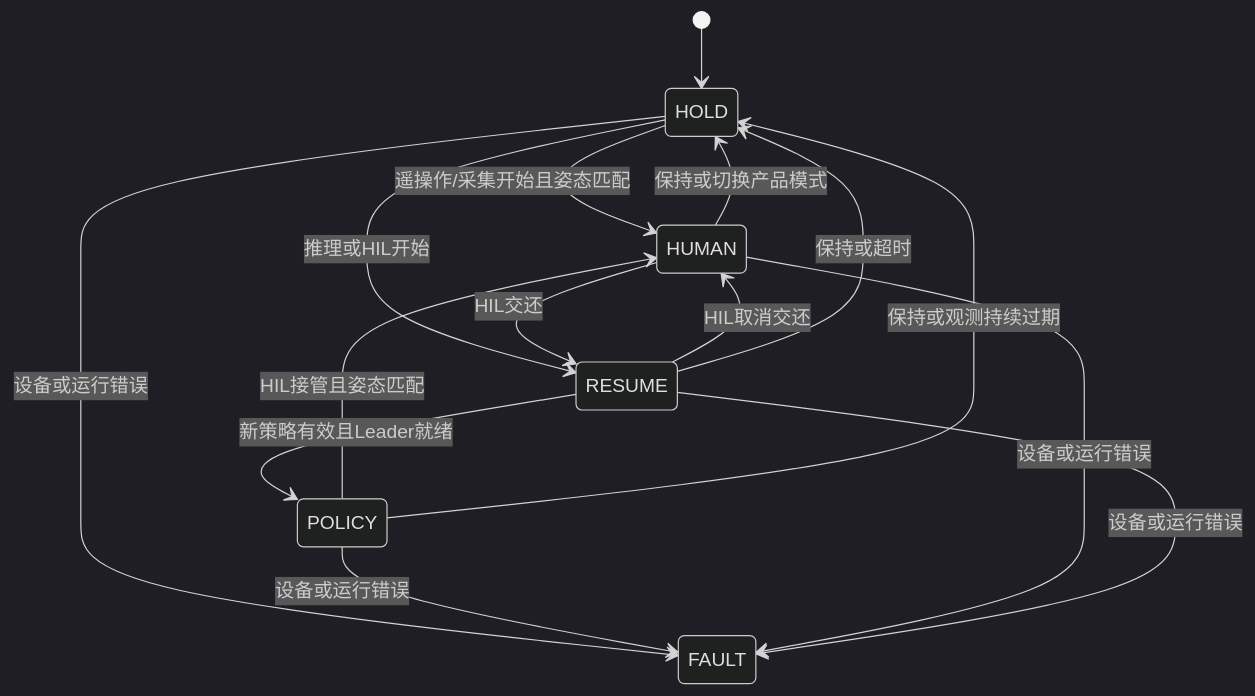
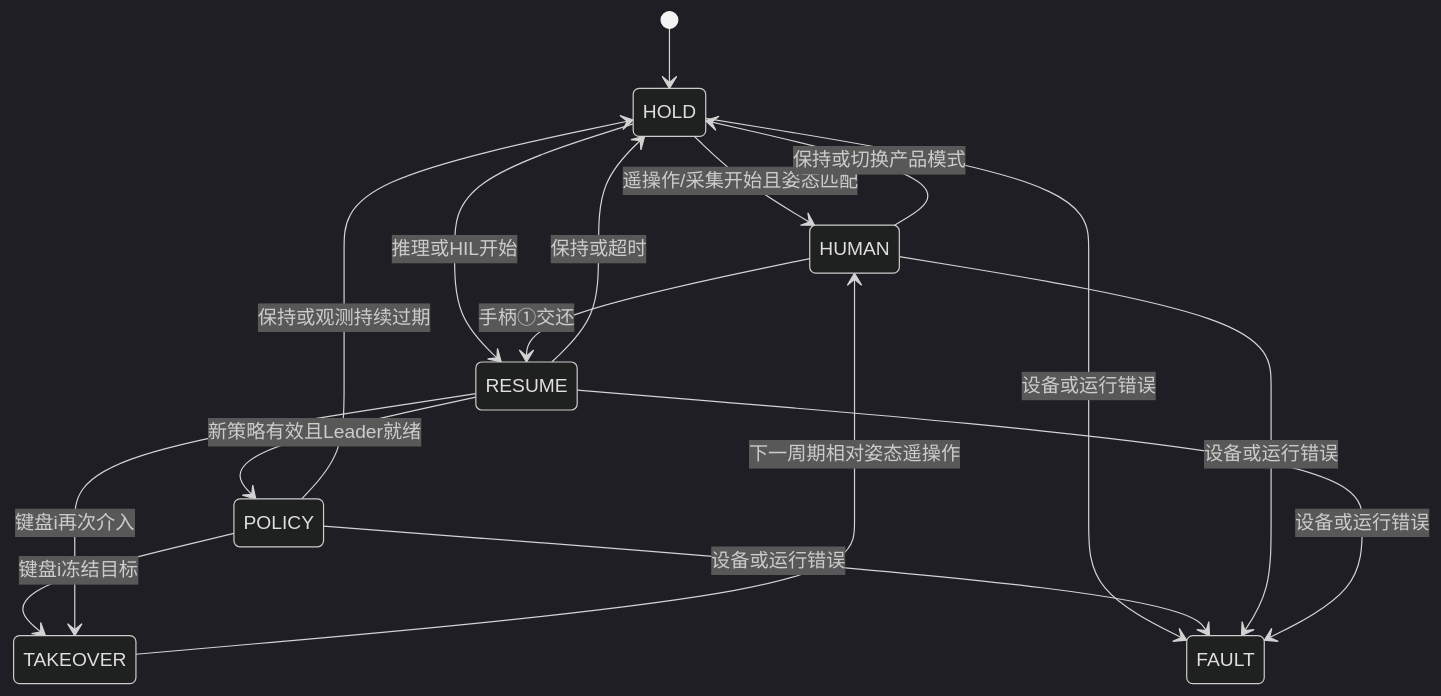
The diagram in docs/dagger_architecture.md (robot1lyj/YAM_ABC_Infra), drawn with Mermaid (dark theme) before and after one commit. The commit also changed other lines of this file and 38 other files, not shown here.

Commit message:
feat: implement approved DAgger handover and asynchronous recording flow

````diff
--- a/docs/dagger_architecture.md
+++ b/docs/dagger_architecture.md
@@ -23,17 +23,18 @@
 ```mermaid
 stateDiagram-v2
   [*] --> HOLD
   HOLD --> HUMAN: 遥操作/采集开始且姿态匹配
   HOLD --> RESUME: 推理或HIL开始
   RESUME --> POLICY: 新策略有效且Leader就绪
-  POLICY --> HUMAN: HIL接管且姿态匹配
-  HUMAN --> RESUME: HIL交还
-  RESUME --> HUMAN: HIL取消交还
+  POLICY --> TAKEOVER: 键盘i冻结目标
+  TAKEOVER --> HUMAN: 下一周期相对姿态遥操作
+  HUMAN --> RESUME: 手柄①交还
+  RESUME --> TAKEOVER: 键盘i再次介入
   POLICY --> HOLD: 保持或观测持续过期
   HUMAN --> HOLD: 保持或切换产品模式
   RESUME --> HOLD: 保持或超时
   HOLD --> FAULT: 设备或运行错误
   POLICY --> FAULT: 设备或运行错误
   HUMAN --> FAULT: 设备或运行错误
   RESUME --> FAULT: 设备或运行错误
 ```
````
